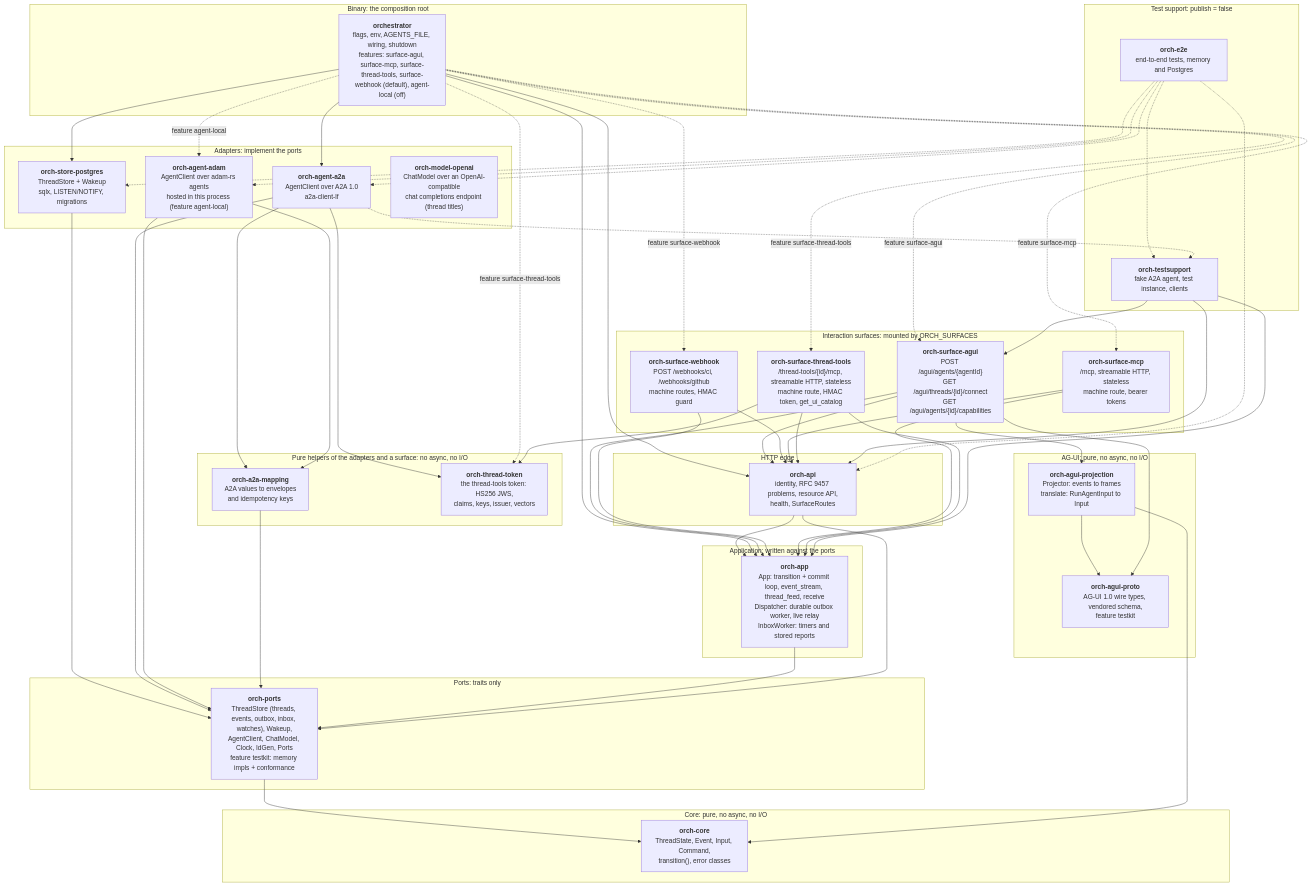
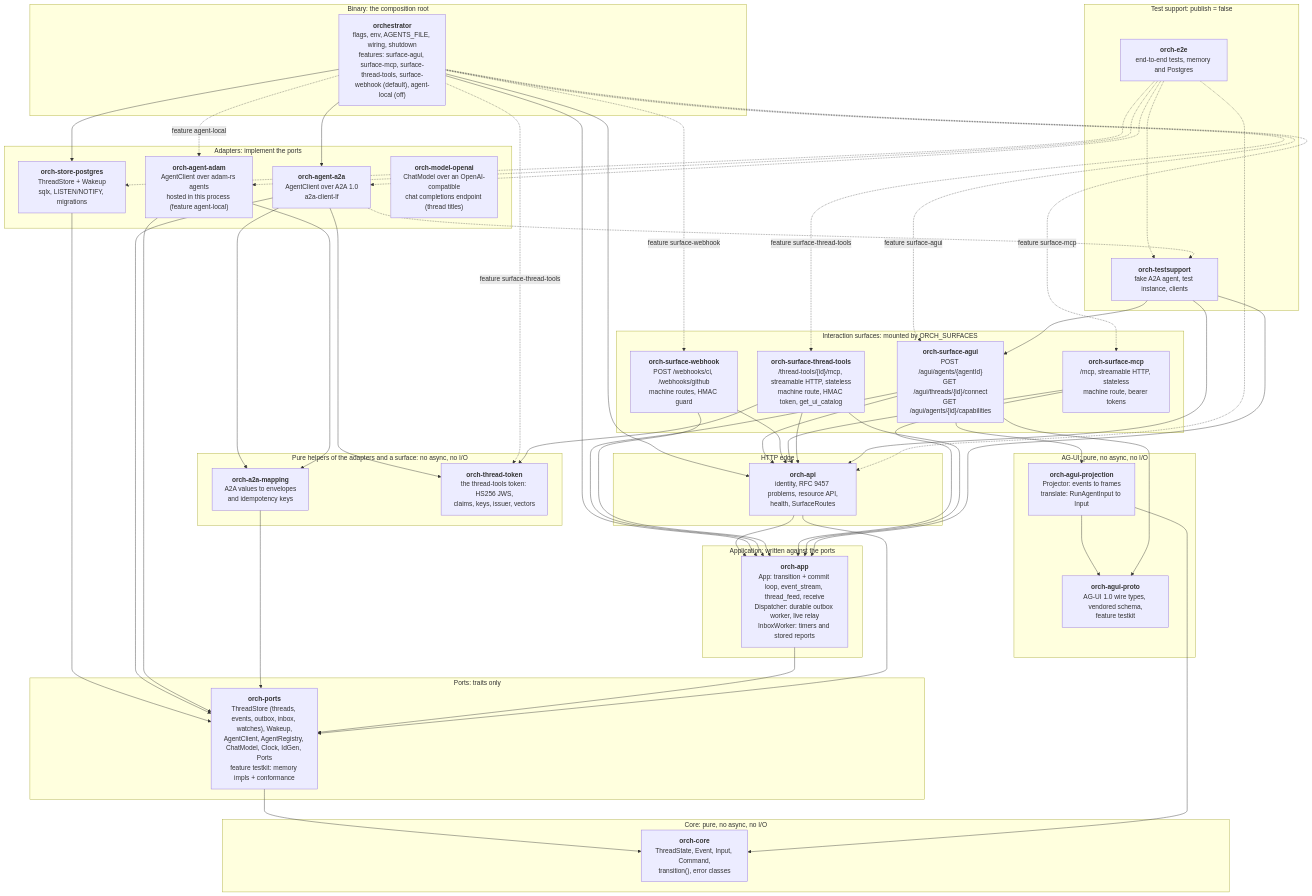
The first of 28 diagrams in docs/orchestrator.md (vymalo/another-agentic-system), drawn with Mermaid before and after one commit. The commit also changed other lines of this file and 55 other files, not shown here.

First line of the commit message:
feat(ports): the AgentRegistry port, fixed and composite registries, and its conformance testkit

```diff
--- a/docs/orchestrator.md
+++ b/docs/orchestrator.md
@@ -80,7 +80,7 @@
     core["<b>orch-core</b><br/>ThreadState, Event, Input, Command,<br/>transition(), error classes"]
   end
   subgraph G_PORTS["Ports: traits only"]
-    ports["<b>orch-ports</b><br/>ThreadStore (threads, events, outbox, inbox, watches), Wakeup,<br/>AgentClient, ChatModel, Clock, IdGen, Ports<br/>feature testkit: memory impls + conformance"]
+    ports["<b>orch-ports</b><br/>ThreadStore (threads, events, outbox, inbox, watches), Wakeup,<br/>AgentClient, AgentRegistry, ChatModel, Clock, IdGen, Ports<br/>feature testkit: memory impls + conformance"]
   end
   subgraph G_ADAPT["Adapters: implement the ports"]
     pg["<b>orch-store-postgres</b><br/>ThreadStore + Wakeup<br/>sqlx, LISTEN/NOTIFY, migrations"]
```
